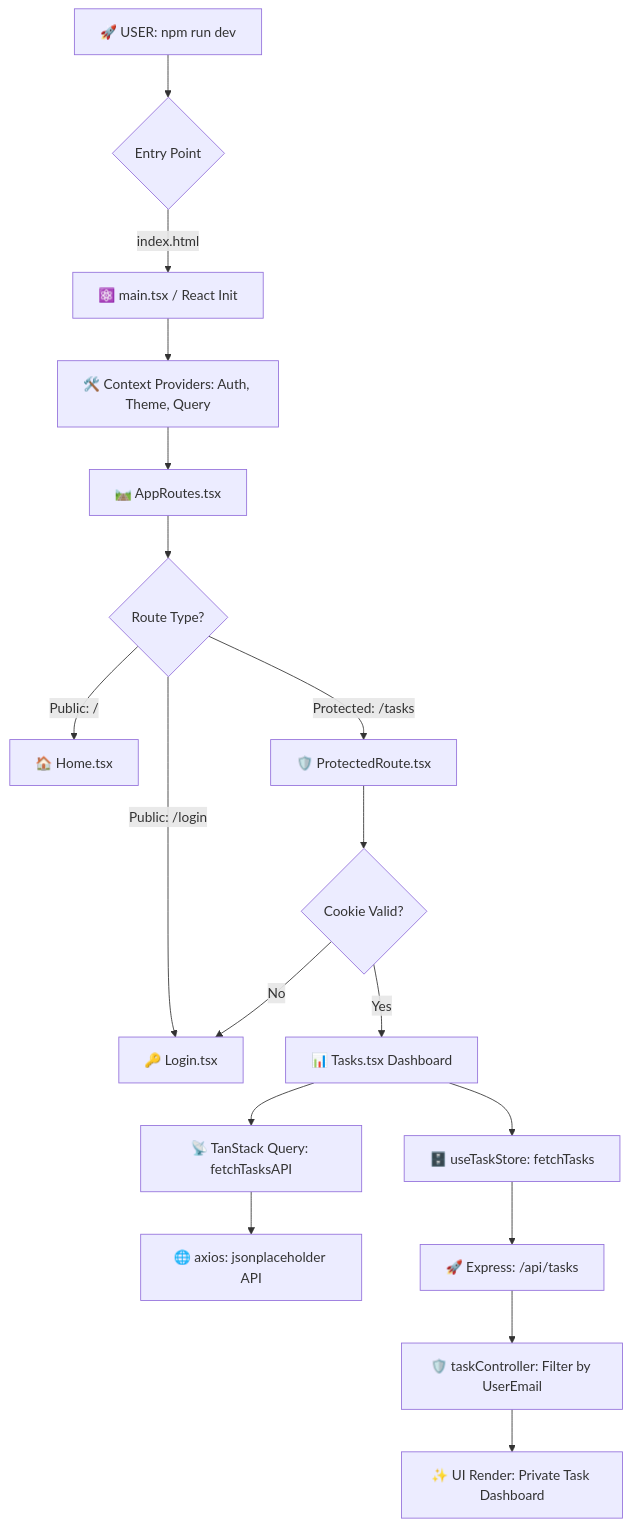
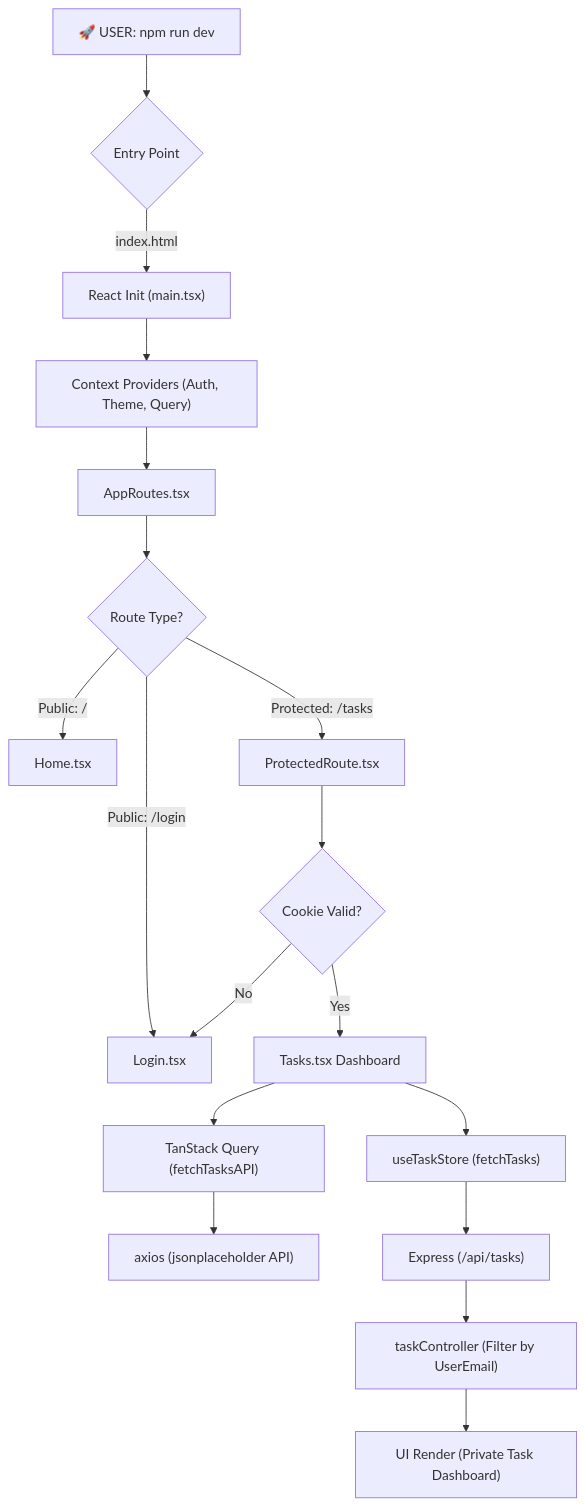
Before and after one commit to Dhayananth1511/Presidio-Intern-Week3-HandsOn-Project: the second of 2 diagrams in task-manager(Hands On)/README.md, drawn with Mermaid. The commit also changed other lines of this file, not shown here.

Commit message:
Docs: Fixed Mermaid diagram syntax for GitHub rendering

````diff
--- a/task-manager(Hands On)/README.md
+++ b/task-manager(Hands On)/README.md
@@ -235,23 +235,23 @@
 ```mermaid
 graph TD
-    A[🚀 USER: npm run dev] --> B{Entry Point}
-    B -->|index.html| C[⚛️ main.tsx / React Init]
-    C --> D[🛠️ Context Providers: Auth, Theme, Query]
-    D --> E[🛤️ AppRoutes.tsx]
+    A["🚀 USER: npm run dev"] --> B{"Entry Point"}
+    B -->|index.html| C["React Init (main.tsx)"]
+    C --> D["Context Providers (Auth, Theme, Query)"]
+    D --> E["AppRoutes.tsx"]
     
-    E --> F{Route Type?}
-    F -->|Public: /| G[🏠 Home.tsx]
-    F -->|Public: /login| H[🔑 Login.tsx]
+    E --> F{"Route Type?"}
+    F -->|Public: /| G["Home.tsx"]
+    F -->|Public: /login| H["Login.tsx"]
     
-    F -->|Protected: /tasks| I[🛡️ ProtectedRoute.tsx]
-    I --> J{Cookie Valid?}
+    F -->|Protected: /tasks| I["ProtectedRoute.tsx"]
+    I --> J{"Cookie Valid?"}
     J -->|No| H
-    J -->|Yes| K[📊 Tasks.tsx Dashboard]
+    J -->|Yes| K["Tasks.tsx Dashboard"]
     
-    K --> L[📡 TanStack Query: fetchTasksAPI]
-    L --> M[🌐 axios: jsonplaceholder API]
-    K --> O[🗄️ useTaskStore: fetchTasks]
-    O --> P[🚀 Express: /api/tasks]
-    P --> Q[🛡️ taskController: Filter by UserEmail]
-    Q --> N[✨ UI Render: Private Task Dashboard]
+    K --> L["TanStack Query (fetchTasksAPI)"]
+    L --> M["axios (jsonplaceholder API)"]
+    K --> O["useTaskStore (fetchTasks)"]
+    O --> P["Express (/api/tasks)"]
+    P --> Q["taskController (Filter by UserEmail)"]
+    Q --> N["UI Render (Private Task Dashboard)"]
 ```
````
